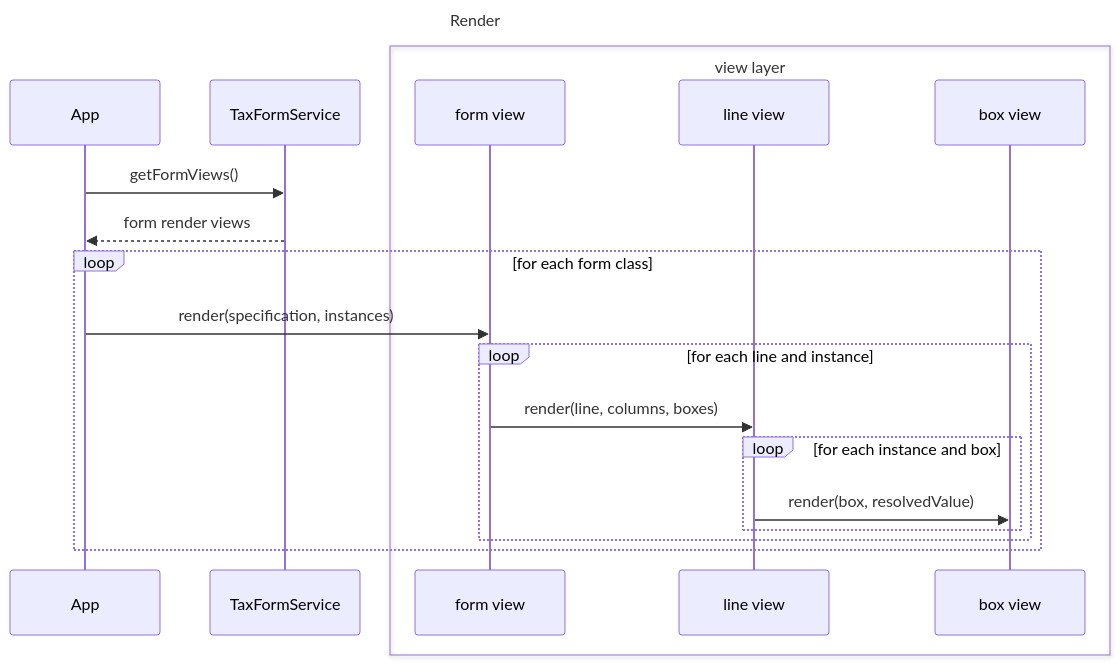
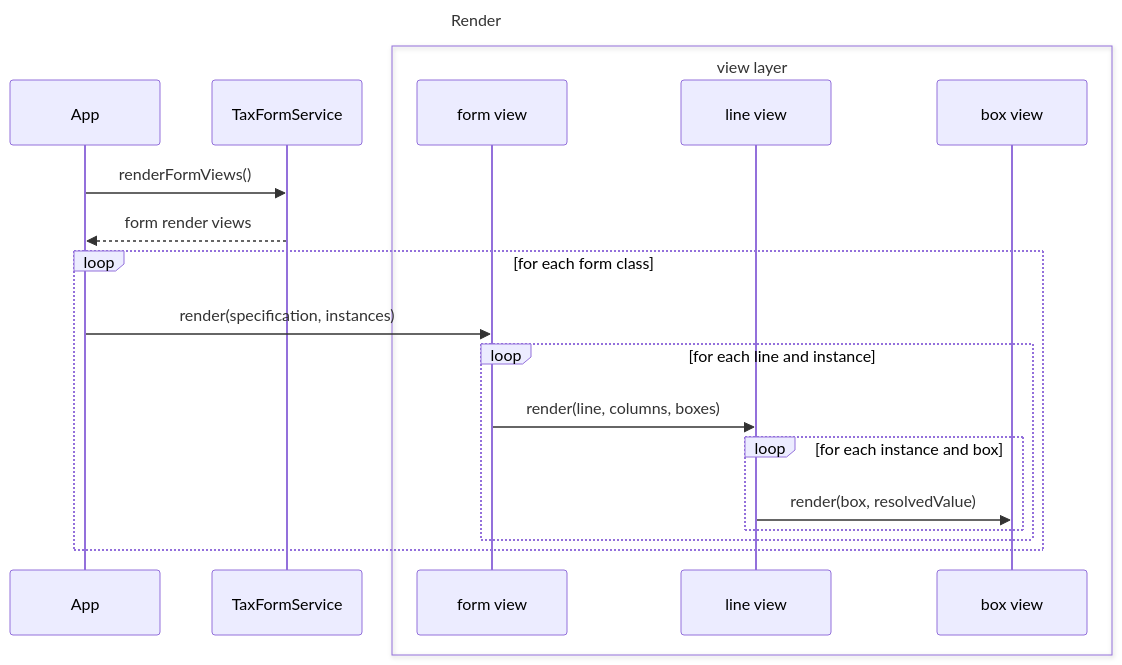
One commit to wllmwu/thumbtax changed the eighth of 9 diagrams in plan/index.md. Above: the diagram before and after it, drawn with Mermaid. The commit also changed other lines of this file and 5 other files, not shown here.

Commit message:
Outline TaxFormService interface

````diff
--- a/plan/index.md
+++ b/plan/index.md
@@ -481,25 +481,25 @@
 ```mermaid
 ---
 title: Render
 ---
 sequenceDiagram
   participant app as App
   participant service as TaxFormService
   box view layer
   participant formview as form view
   participant lineview as line view
   participant boxview as box view
   end
 
-  app->>service: getFormViews()
+  app->>service: renderFormViews()
   service-->>app: form render views
   loop for each form class
   app->>formview: render(specification, instances)
   loop for each line and instance
   formview->>lineview: render(line, columns, boxes)
   loop for each instance and box
   lineview->>boxview: render(box, resolvedValue)
   end
   end
   end
 ```
````
